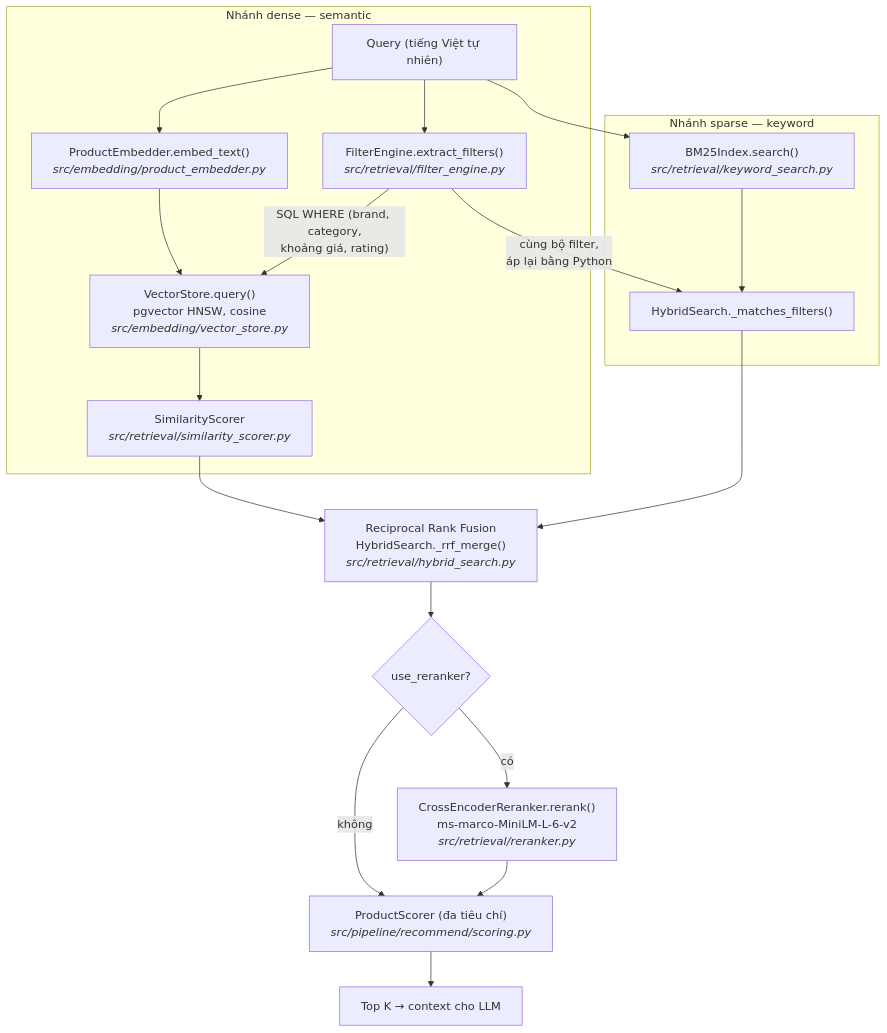
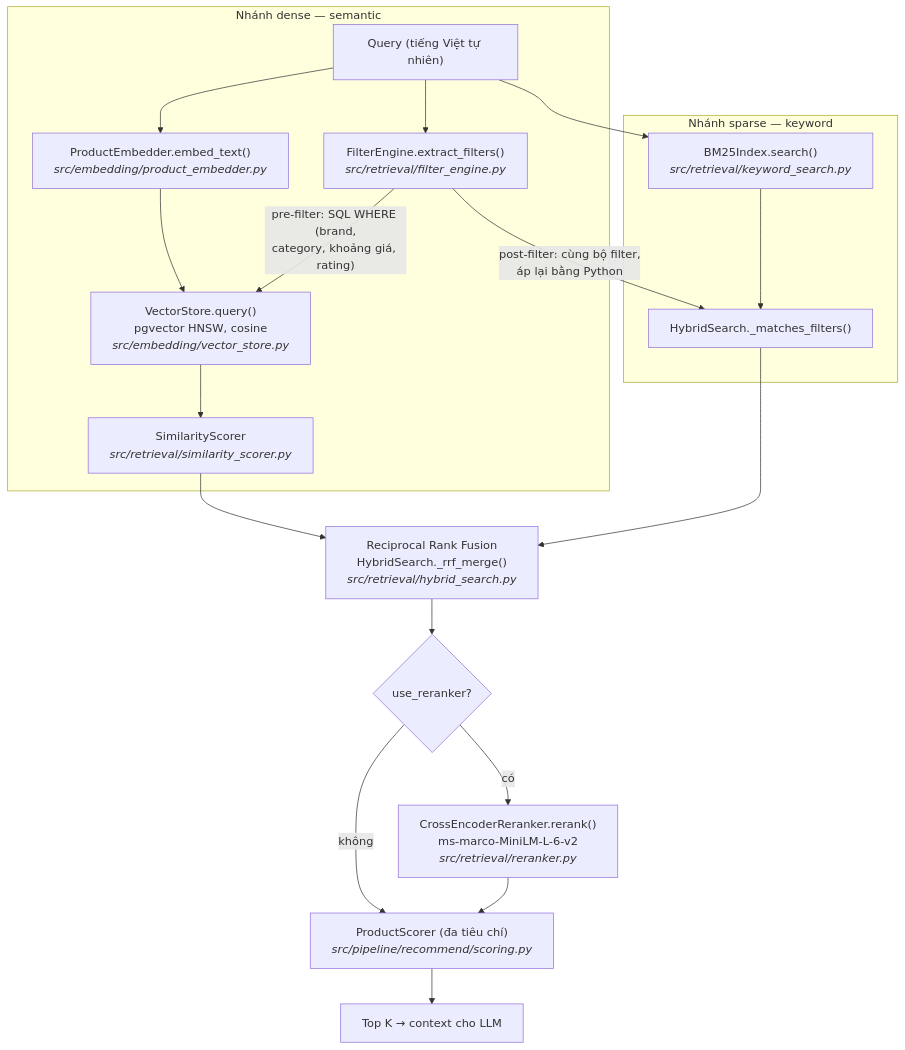
Before and after one commit to nxhawk/techscout-rag-recommend: the diagram in docs/architecture/hybrid-retrieval.vi.md, drawn with Mermaid. The commit also changed other lines of this file and 1 other file, not shown here.

First line of the commit message:
docs: clarify filtering strategies in hybrid retrieval documentation

````diff
--- a/docs/architecture/hybrid-retrieval.vi.md
+++ b/docs/architecture/hybrid-retrieval.vi.md
@@ -10,26 +10,26 @@
 ```mermaid
 flowchart TB
     Q["Query (tiếng Việt tự nhiên)"] --> FE["FilterEngine.extract_filters()<br/><i>src/retrieval/filter_engine.py</i>"]
 
     subgraph Dense["Nhánh dense — semantic"]
         Q --> EMB["ProductEmbedder.embed_text()<br/><i>src/embedding/product_embedder.py</i>"]
         EMB --> VS["VectorStore.query()<br/>pgvector HNSW, cosine<br/><i>src/embedding/vector_store.py</i>"]
-        FE -->|"SQL WHERE (brand, category,<br/>khoảng giá, rating)"| VS
+        FE -->|"pre-filter: SQL WHERE (brand,<br/>category, khoảng giá, rating)"| VS
         VS --> SS["SimilarityScorer<br/><i>src/retrieval/similarity_scorer.py</i>"]
     end
 
     subgraph Sparse["Nhánh sparse — keyword"]
         Q --> BM25["BM25Index.search()<br/><i>src/retrieval/keyword_search.py</i>"]
-        FE -->|"cùng bộ filter,<br/>áp lại bằng Python"| PF["HybridSearch._matches_filters()"]
+        FE -->|"post-filter: cùng bộ filter,<br/>áp lại bằng Python"| PF["HybridSearch._matches_filters()"]
         BM25 --> PF
     end
 
     SS --> RRF["Reciprocal Rank Fusion<br/>HybridSearch._rrf_merge()<br/><i>src/retrieval/hybrid_search.py</i>"]
     PF --> RRF
 
     RRF --> RER{"use_reranker?"}
     RER -->|có| CE["CrossEncoderReranker.rerank()<br/>ms-marco-MiniLM-L-6-v2<br/><i>src/retrieval/reranker.py</i>"]
     RER -->|không| PS
     CE --> PS["ProductScorer (đa tiêu chí)<br/><i>src/pipeline/recommend/scoring.py</i>"]
     PS --> TOP["Top K → context cho LLM"]
 ```
````
